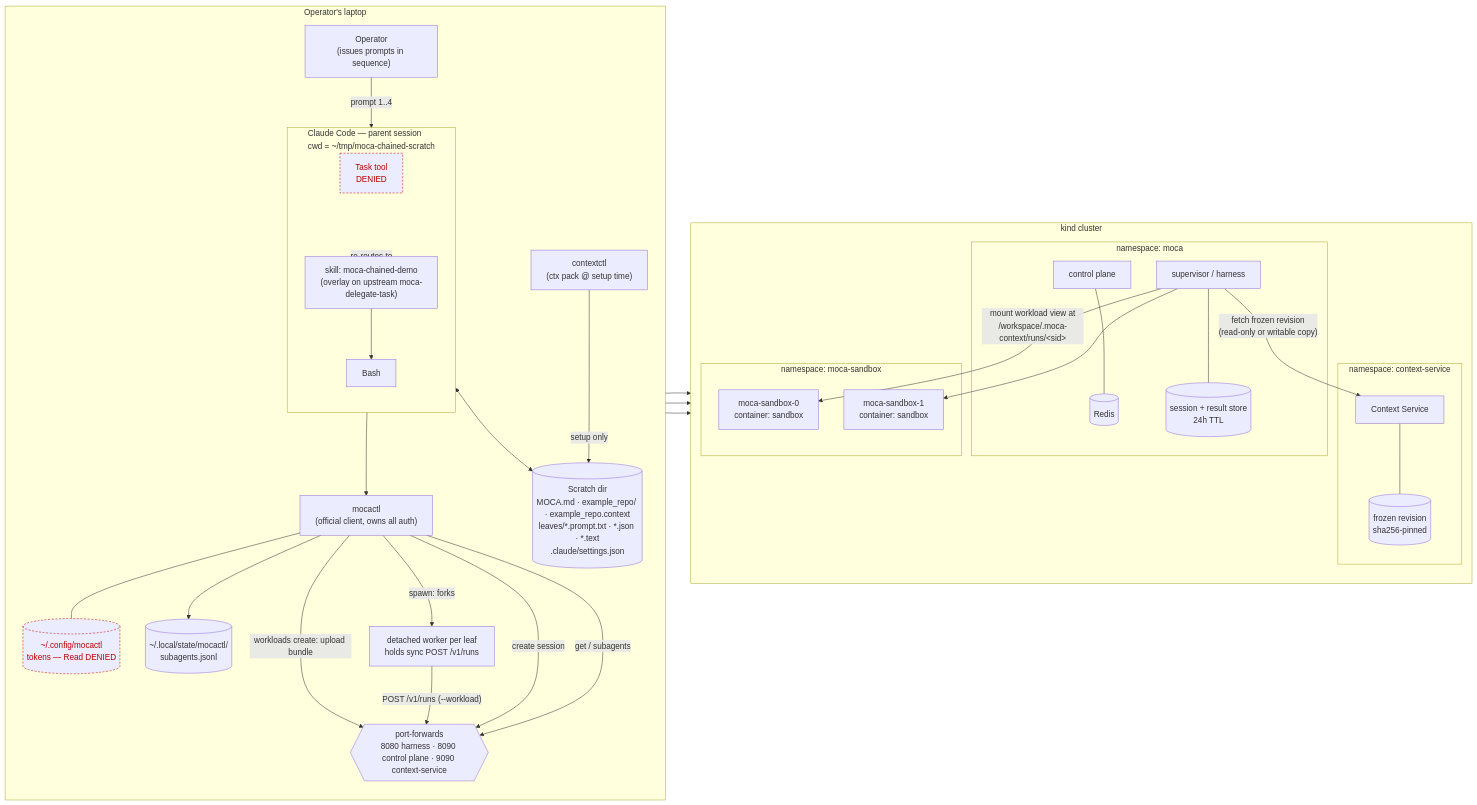
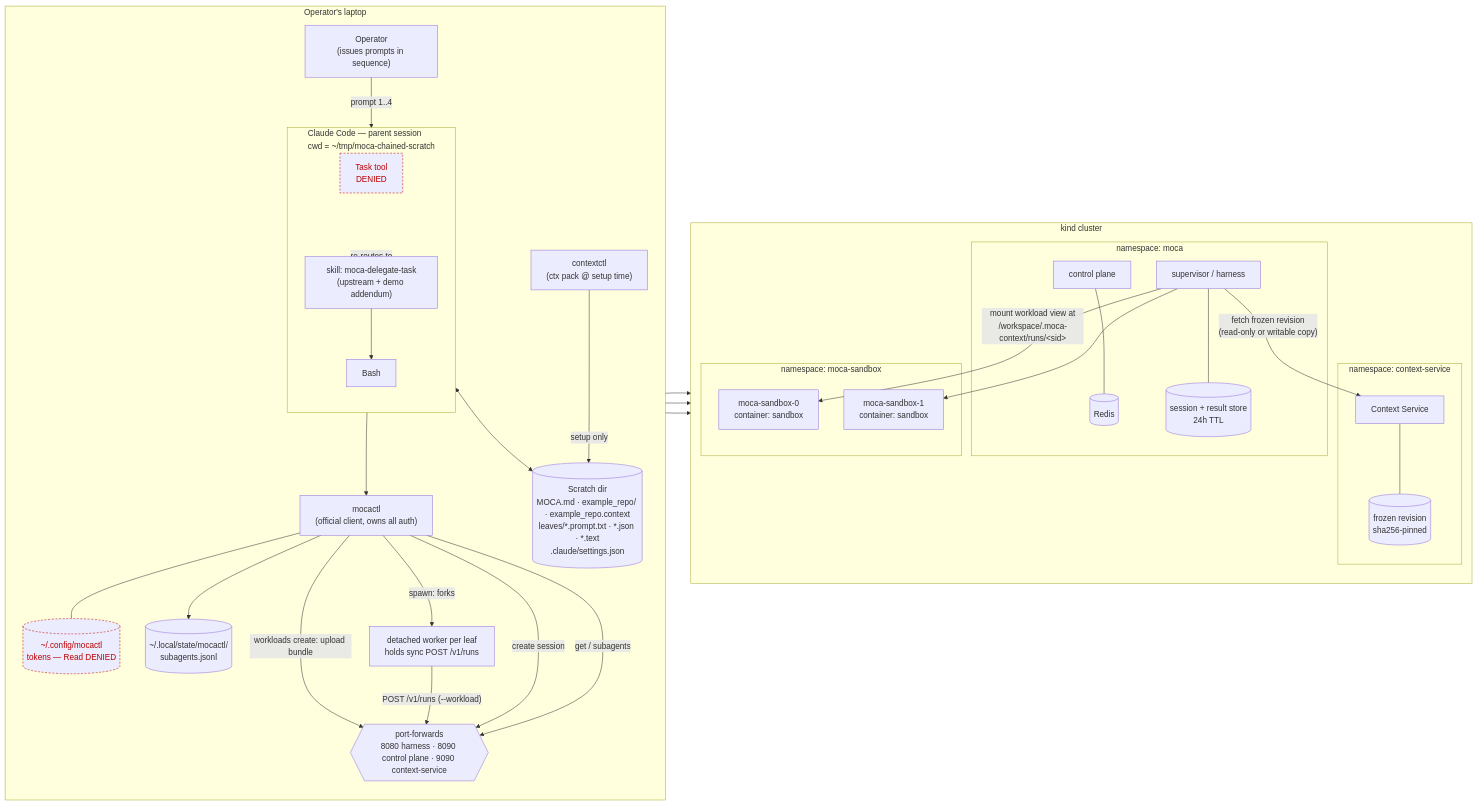
One commit to maia-iyer/kagenti-demos changed the first of 2 diagrams in sandboxing/moca_chained_subagents/ARCHITECTURE.md. Above: the diagram before and after it, drawn with Mermaid. The commit also changed other lines of this file and 4 other files, not shown here.

````diff
--- a/sandboxing/moca_chained_subagents/ARCHITECTURE.md
+++ b/sandboxing/moca_chained_subagents/ARCHITECTURE.md
@@ -10,63 +10,63 @@
 ```mermaid
 flowchart LR
   subgraph laptop["Operator's laptop"]
     direction TB
     OP["Operator<br/>(issues prompts in sequence)"]
     subgraph cc["Claude Code — parent session<br/>cwd = ~/tmp/moca-chained-scratch"]
       direction TB
       TASK["Task tool<br/>DENIED"]:::denied
-      SKILL["skill: moca-chained-demo<br/>(overlay on upstream moca-delegate-task)"]
+      SKILL["skill: moca-delegate-task<br/>(upstream + demo addendum)"]
       BASH["Bash"]
     end
     SCRATCH[("Scratch dir<br/>MOCA.md · example_repo/ · example_repo.context<br/>leaves/*.prompt.txt · *.json · *.text<br/>.claude/settings.json")]
     MOCACTL["mocactl<br/>(official client, owns all auth)"]
     CTXCTL["contextctl<br/>(ctx pack @ setup time)"]
     LEDGER[("~/.local/state/mocactl/<br/>subagents.jsonl")]
     WORKER["detached worker per leaf<br/>holds sync POST /v1/runs"]
     AUTH[("~/.config/mocactl<br/>tokens — Read DENIED")]:::denied
     PF{{"port-forwards<br/>8080 harness · 8090 control plane · 9090 context-service"}}
   end
 
   subgraph cluster["kind cluster"]
     direction TB
     subgraph nsmoca["namespace: moca"]
       CP["control plane"]
       SUP["supervisor / harness"]
       REDIS[("Redis")]
       RESULTS[("session + result store<br/>24h TTL")]
     end
     subgraph nsctx["namespace: context-service"]
       CS["Context Service"]
       REV[("frozen revision<br/>sha256-pinned")]
     end
     subgraph nssb["namespace: moca-sandbox"]
       POD0["moca-sandbox-0<br/>container: sandbox"]
       POD1["moca-sandbox-1<br/>container: sandbox"]
     end
   end
 
   OP -->|"prompt 1..4"| cc
   cc -.->|"re-routes to"| SKILL
   SKILL --> BASH
   BASH --> MOCACTL
   CTXCTL -->|"setup only"| SCRATCH
   cc <--> SCRATCH
   MOCACTL --- AUTH
   MOCACTL --> LEDGER
   MOCACTL -->|"workloads create: upload bundle"| PF
   MOCACTL -->|"spawn: forks"| WORKER
   MOCACTL -->|"create session"| PF
   WORKER -->|"POST /v1/runs (--workload)"| PF
   MOCACTL -->|"get / subagents"| PF
   PF --> CP
   PF --> SUP
   PF --> CS
   CP --- REDIS
   SUP --- RESULTS
   CS --- REV
   SUP -->|"fetch frozen revision<br/>(read-only or writable copy)"| CS
   SUP -->|"mount workload view at<br/>/workspace/.moca-context/runs/&lt;sid&gt;"| POD0
   SUP --> POD1
 
   classDef denied stroke-dasharray: 4 3,color:#b00,stroke:#b00
 ```
````
